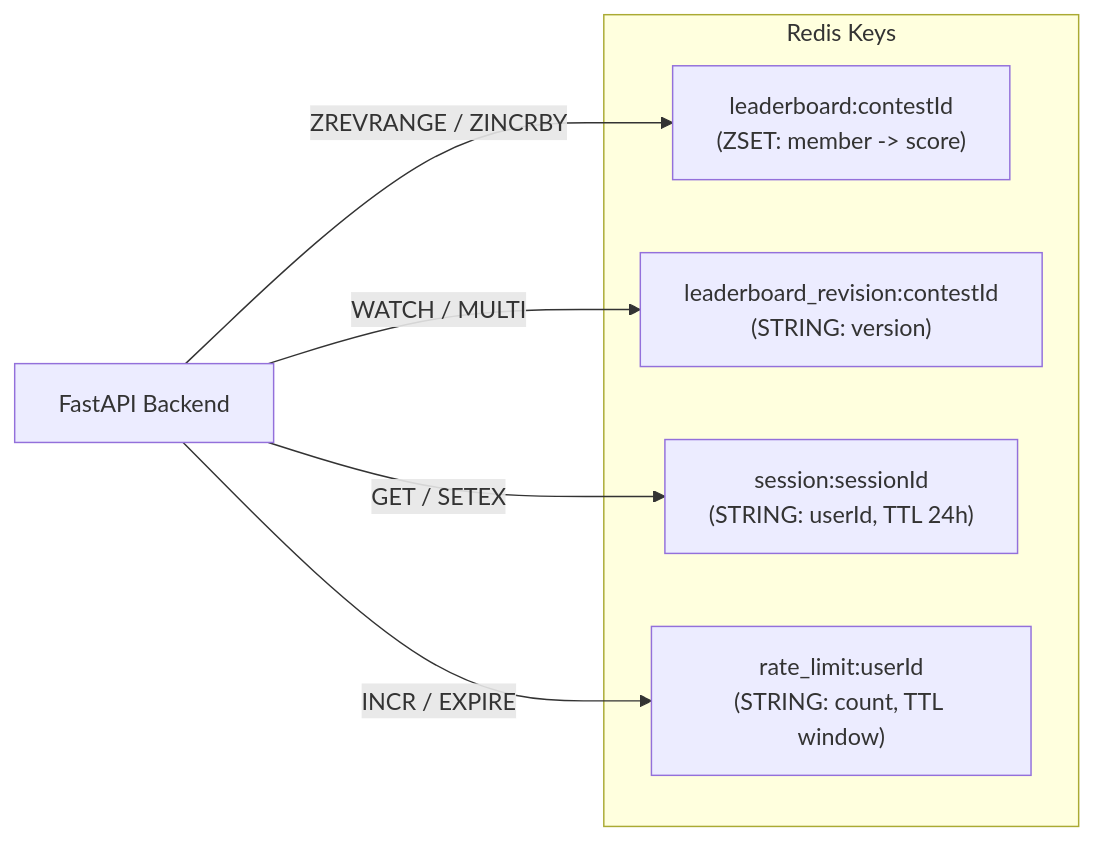
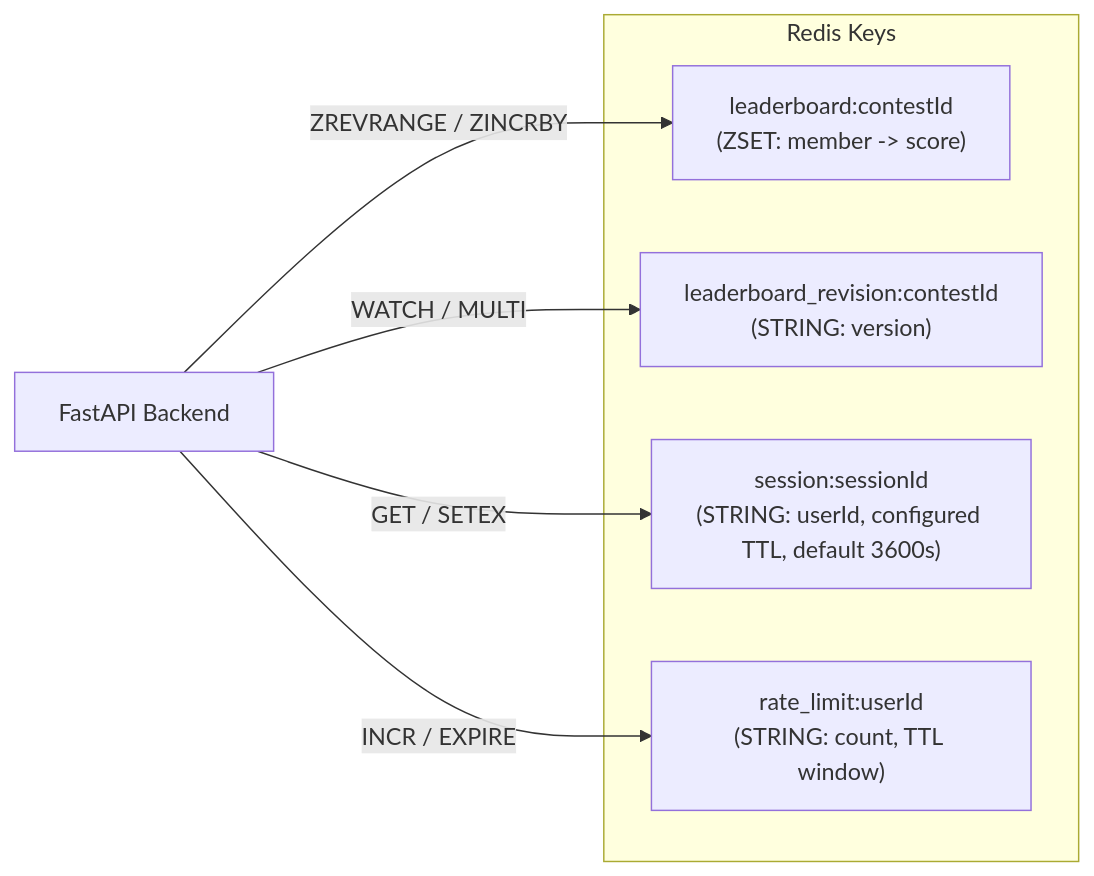
One commit to upayanmazumder/rankstack changed the fourth of 4 diagrams in docs/ARCHITECTURE.md. Above: the diagram before and after it, drawn with Mermaid. The commit also changed other lines of this file and 73 other files, not shown here.

````diff
--- a/docs/ARCHITECTURE.md
+++ b/docs/ARCHITECTURE.md
@@ -246,14 +246,14 @@
 ```mermaid
 graph LR
     subgraph Redis Keys
         Leaderboard["leaderboard:contestId<br/>(ZSET: member -> score)"]
         Revision["leaderboard_revision:contestId<br/>(STRING: version)"]
-        Session["session:sessionId<br/>(STRING: userId, TTL 24h)"]
+        Session["session:sessionId<br/>(STRING: userId, configured TTL, default 3600s)"]
         RateLimit["rate_limit:userId<br/>(STRING: count, TTL window)"]
     end
 
     API[FastAPI Backend] -->|ZREVRANGE / ZINCRBY| Leaderboard
     API -->|WATCH / MULTI| Revision
     API -->|GET / SETEX| Session
     API -->|INCR / EXPIRE| RateLimit
 ```
````
